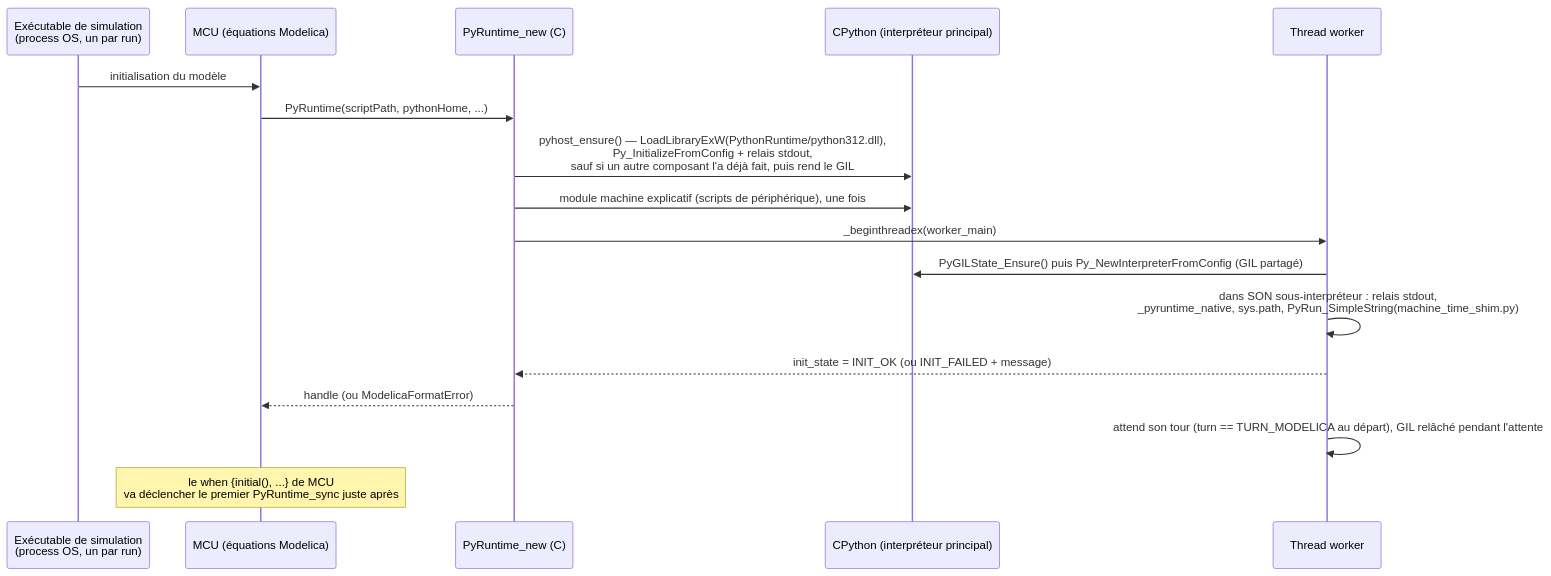
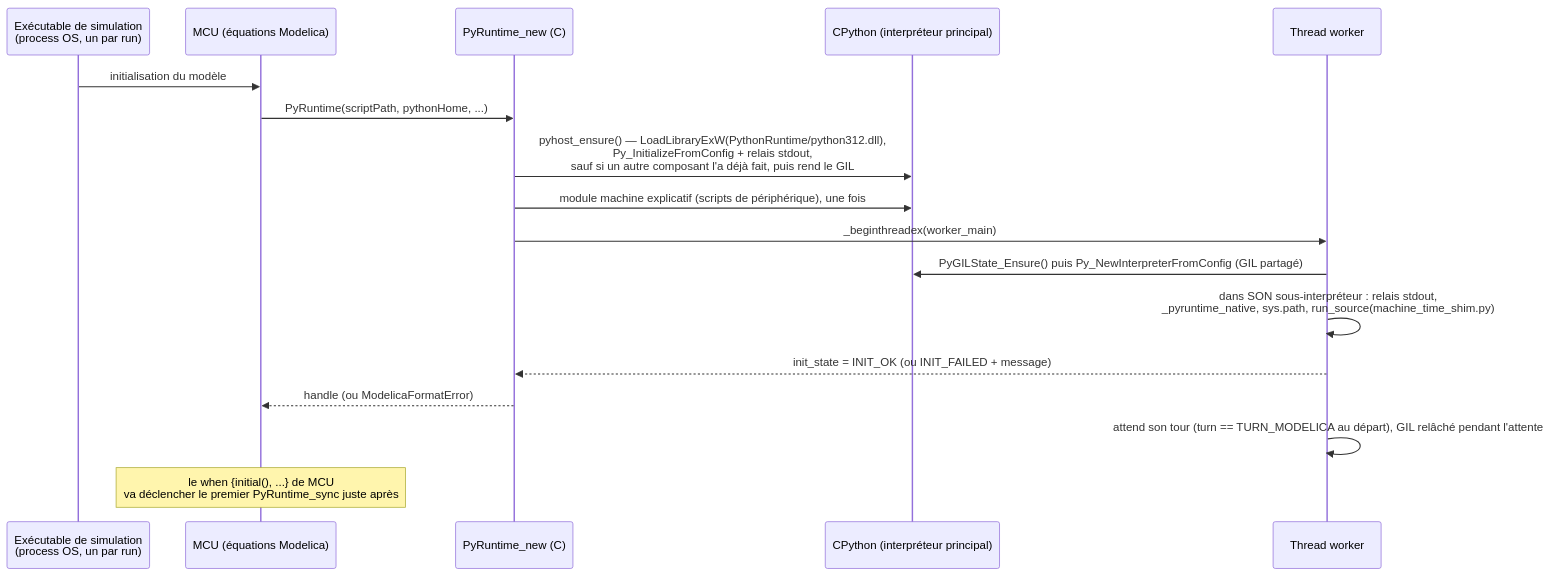
One commit to bdelaup/modelica_micropython changed the first of 3 diagrams in docs/fr/interne/cycle-de-vie.md. Above: the diagram before and after it, drawn with Mermaid. The commit also changed other lines of this file and 31 other files, not shown here.

````diff
--- a/docs/fr/interne/cycle-de-vie.md
+++ b/docs/fr/interne/cycle-de-vie.md
@@ -9,20 +9,20 @@
 ```mermaid
 sequenceDiagram
     participant Sim as Exécutable de simulation<br/>(process OS, un par run)
     participant MCU as MCU (équations Modelica)
     participant Ctor as PyRuntime_new (C)
     participant CPy as CPython (interpréteur principal)
     participant Worker as Thread worker
 
     Sim->>MCU: initialisation du modèle
     MCU->>Ctor: PyRuntime(scriptPath, pythonHome, ...)
     Ctor->>CPy: pyhost_ensure() — LoadLibraryExW(PythonRuntime/python312.dll),<br/>Py_InitializeFromConfig + relais stdout,<br/>sauf si un autre composant l'a déjà fait, puis rend le GIL
     Ctor->>CPy: module machine explicatif (scripts de périphérique), une fois
     Ctor->>Worker: _beginthreadex(worker_main)
     Worker->>CPy: PyGILState_Ensure() puis Py_NewInterpreterFromConfig (GIL partagé)
-    Worker->>Worker: dans SON sous-interpréteur : relais stdout,<br/>_pyruntime_native, sys.path, PyRun_SimpleString(machine_time_shim.py)
+    Worker->>Worker: dans SON sous-interpréteur : relais stdout,<br/>_pyruntime_native, sys.path, run_source(machine_time_shim.py)
     Worker-->>Ctor: init_state = INIT_OK (ou INIT_FAILED + message)
     Ctor-->>MCU: handle (ou ModelicaFormatError)
     Worker->>Worker: attend son tour (turn == TURN_MODELICA au départ), GIL relâché pendant l'attente
     Note over MCU: le when {initial(), ...} de MCU<br/>va déclencher le premier PyRuntime_sync juste après
 ```
````
